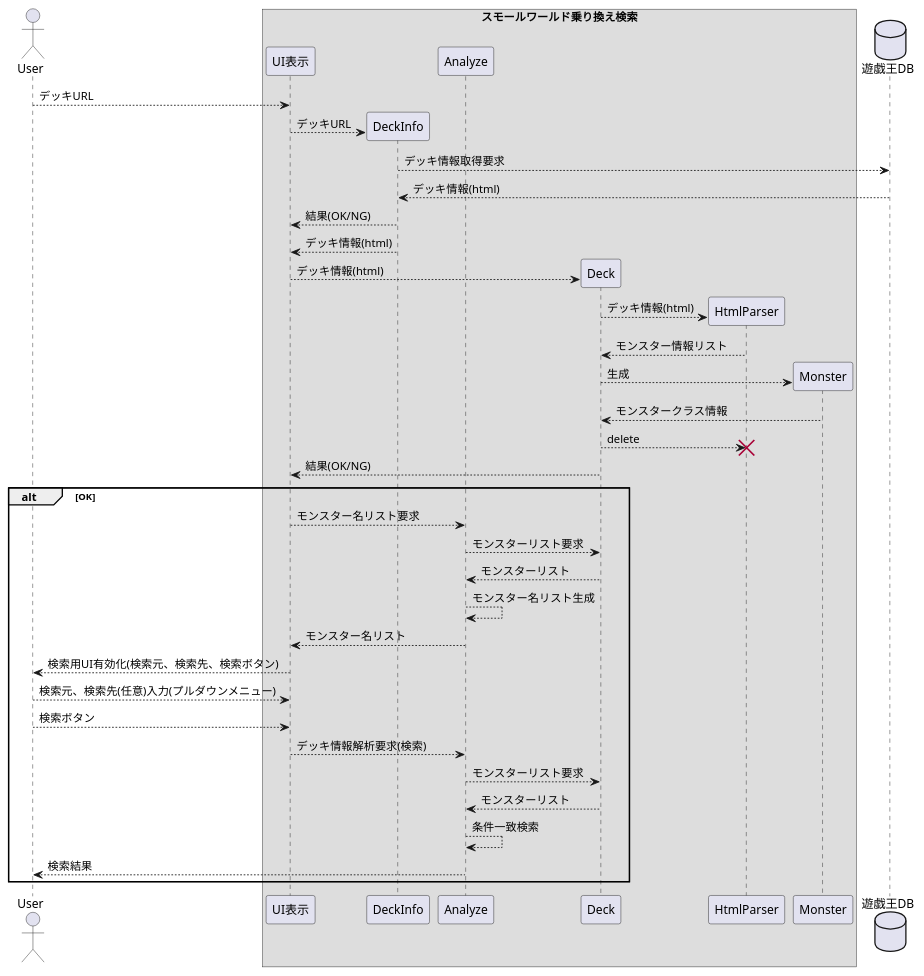
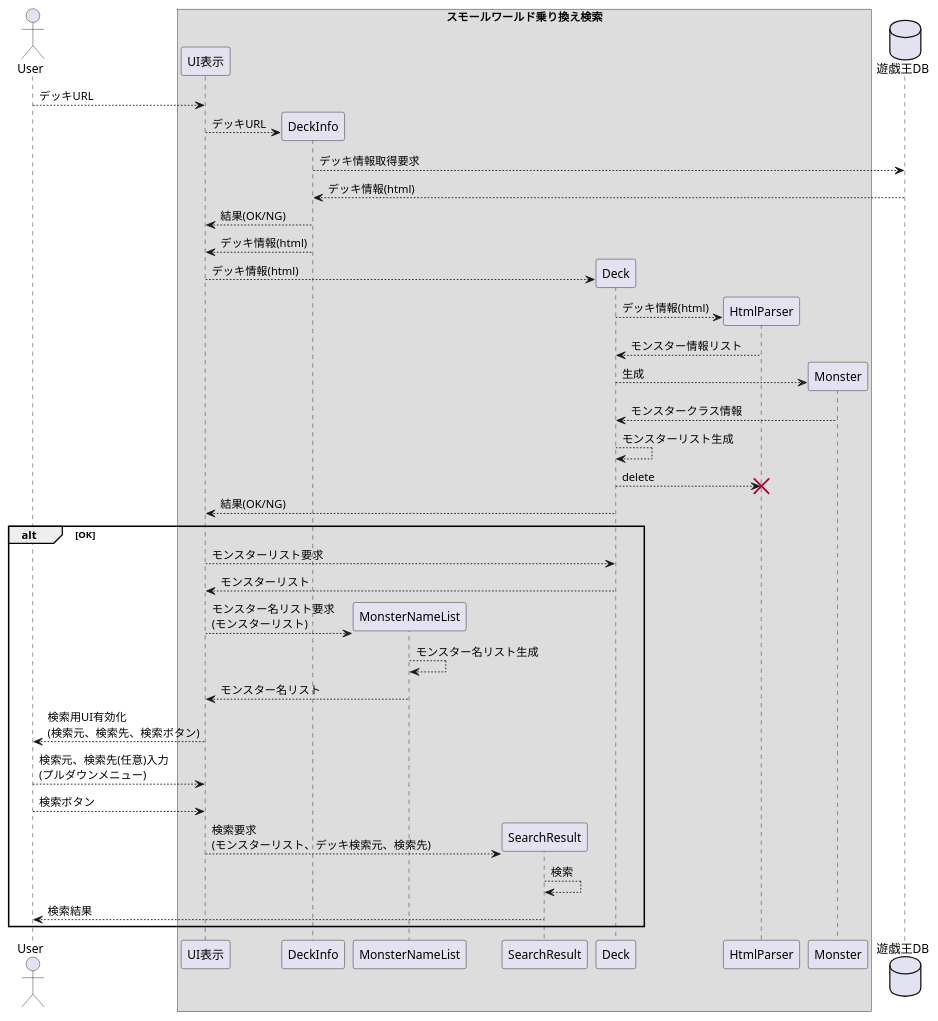
The fourth of 6 diagrams in ygo-small-world-transit.md (ikishichi/ygo-small-world-transit), drawn with PlantUML before and after one commit. The commit also changed other lines of this file, not shown here.

Commit message:
ドキュメント更新

````diff
--- a/ygo-small-world-transit.md
+++ b/ygo-small-world-transit.md
@@ -66,49 +70,51 @@
 ```plantuml
 @startuml
 actor User as user
 box "スモールワールド乗り換え検索"
 participant "UI表示" as ui
 participant "DeckInfo" as di
-participant "Analyze" as al
+participant "MonsterNameList" as mnl
+participant "SearchResult" as sr
 participant "Deck" as dc
 participant "HtmlParser" as hp
 participant "Monster" as mn
 end box
 database 遊戯王DB as db
 
 user --> ui : デッキURL
 create di
 ui --> di : デッキURL
 di --> db : デッキ情報取得要求
 db --> di : デッキ情報(html)
 di --> ui : 結果(OK/NG)
 di --> ui : デッキ情報(html)
 create dc
 ui --> dc : デッキ情報(html)
 create hp
 dc --> hp : デッキ情報(html)
 hp --> dc : モンスター情報リスト
 create mn
 dc --> mn : 生成
 mn --> dc : モンスタークラス情報
+dc --> dc : モンスターリスト生成
 dc --> hp : delete
 destroy hp
 dc --> ui : 結果(OK/NG)
 alt OK
-    ui --> al : モンスター名リスト要求
-    al --> dc : モンスターリスト要求
-    dc --> al : モンスターリスト
-    al --> al : モンスター名リスト生成
-    al --> ui : モンスター名リスト
-    ui --> user : 検索用UI有効化(検索元、検索先、検索ボタン)
-    user --> ui : 検索元、検索先(任意)入力(プルダウンメニュー)
+    ui --> dc : モンスターリスト要求
+    dc --> ui : モンスターリスト
+    create mnl
+    ui --> mnl : モンスター名リスト要求\n(モンスターリスト)
+    mnl --> mnl : モンスター名リスト生成
+    mnl --> ui : モンスター名リスト
+    ui --> user : 検索用UI有効化\n(検索元、検索先、検索ボタン)
+    user --> ui : 検索元、検索先(任意)入力\n(プルダウンメニュー)
     user --> ui : 検索ボタン
-    ui --> al : デッキ情報解析要求(検索)
-    al --> dc : モンスターリスト要求
-    dc --> al : モンスターリスト
-    al --> al : 条件一致検索
-    al --> user : 検索結果
+    create sr
+    ui --> sr : 検索要求\n(モンスターリスト、デッキ検索元、検索先)
+    sr --> sr : 検索
+    sr --> user : 検索結果
 end
 
 @enduml
 ```
````
